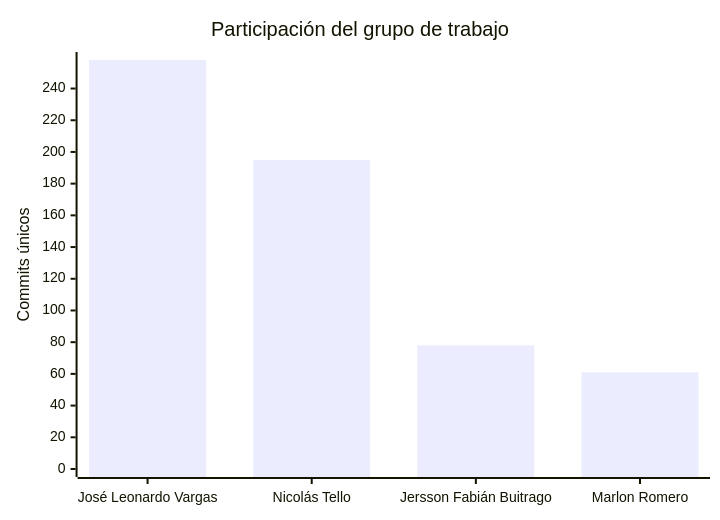
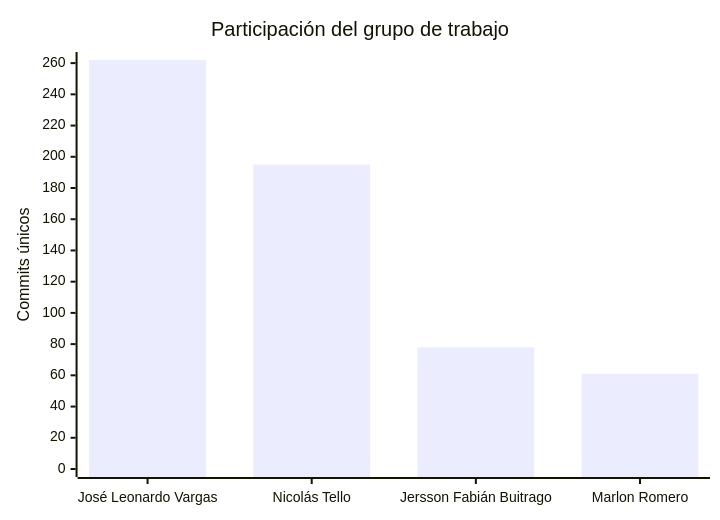
One commit to FarmaExpres/FarmaExpres changed the second of 2 diagrams in README.md. Above: the diagram before and after it, drawn with Mermaid. The commit also changed other lines of this file and 1 other file, not shown here.

````diff
--- a/README.md
+++ b/README.md
@@ -401,7 +401,7 @@
 ```mermaid
 xychart-beta
     title "Participación del grupo de trabajo"
     x-axis ["José Leonardo Vargas", "Nicolás Tello", "Jersson Fabián Buitrago", "Marlon Romero"]
-    y-axis "Commits únicos" 0 --> 258
-    bar [258, 195, 78, 61]
+    y-axis "Commits únicos" 0 --> 262
+    bar [262, 195, 78, 61]
 ```
````
